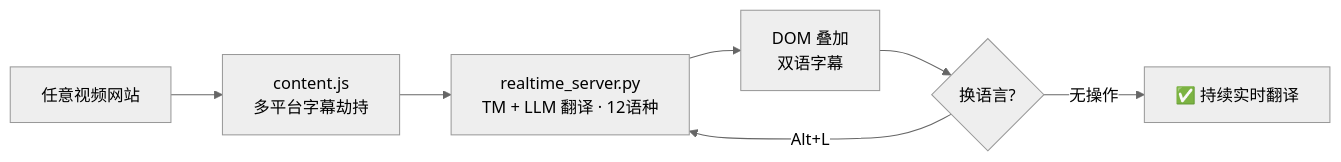
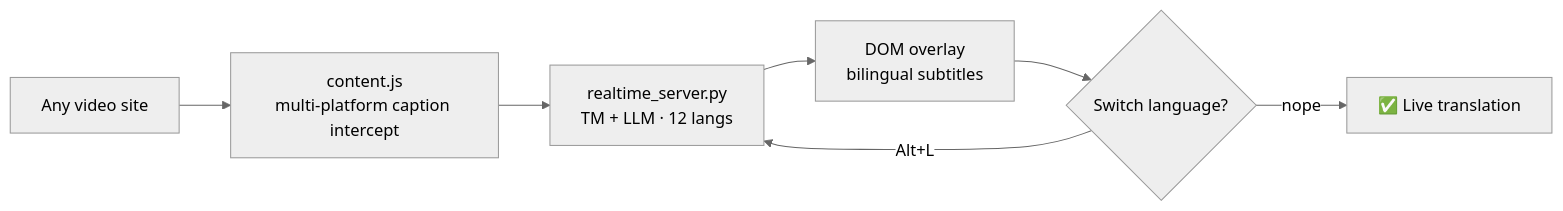
One commit to hanshaoyuyehanshaoyuye/everyones-video changed the first of 2 diagrams in README.md. Above: the diagram before and after it, drawn with Mermaid (neutral theme). The commit also changed other lines of this file, not shown here.

First line of the commit message:
docs: bilingual README — English first for global discoverability

````diff
--- a/README.md
+++ b/README.md
@@ -170,9 +134,9 @@
 ```mermaid
 flowchart LR
-    A[任意视频网站] --> B[content.js<br/>多平台字幕劫持]
-    B --> C[realtime_server.py<br/>TM + LLM 翻译 · 12语种]
-    C --> D[DOM 叠加<br/>双语字幕]
-    D --> E{换语言?}
+    A[Any video site] --> B[content.js<br/>multi-platform caption intercept]
+    B --> C[realtime_server.py<br/>TM + LLM · 12 langs]
+    C --> D[DOM overlay<br/>bilingual subtitles]
+    D --> E{Switch language?}
     E -->|Alt+L| C
-    E -->|无操作| F[✅ 持续实时翻译]
+    E -->|nope| F[✅ Live translation]
 ```
````
